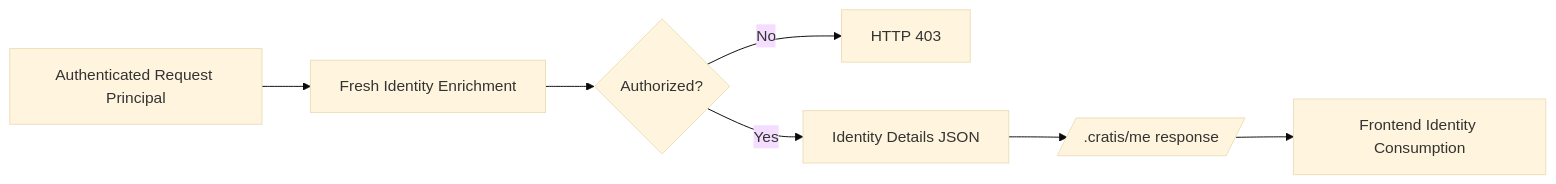
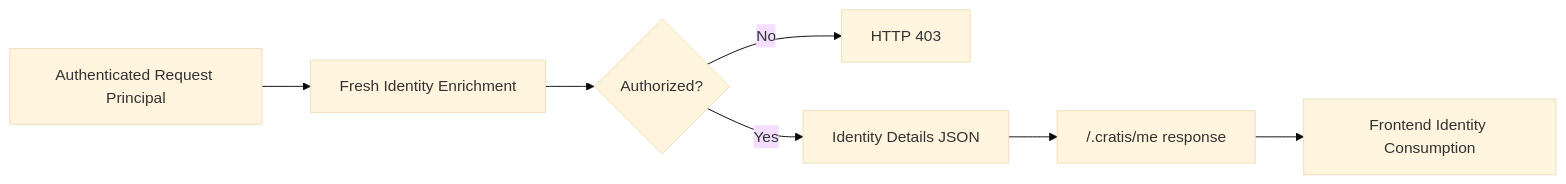
Before and after one commit to Cratis/Arc: the diagram in Documentation/backend/csharp/identity/index.md, drawn with Mermaid (base theme).

Commit message:
Preserve the identity endpoint slash in the Mermaid diagram

````diff
--- a/Documentation/backend/csharp/identity/index.md
+++ b/Documentation/backend/csharp/identity/index.md
@@ -19,9 +19,9 @@
 ```mermaid
 flowchart LR
     A[Authenticated Request Principal] --> B[Fresh Identity Enrichment]
     B --> C{Authorized?}
     C -- No --> D[HTTP 403]
     C -- Yes --> E[Identity Details JSON]
-    E --> F[/.cratis/me response/]
+    E --> F["/.cratis/me response"]
     F --> G[Frontend Identity Consumption]
 ```
````
